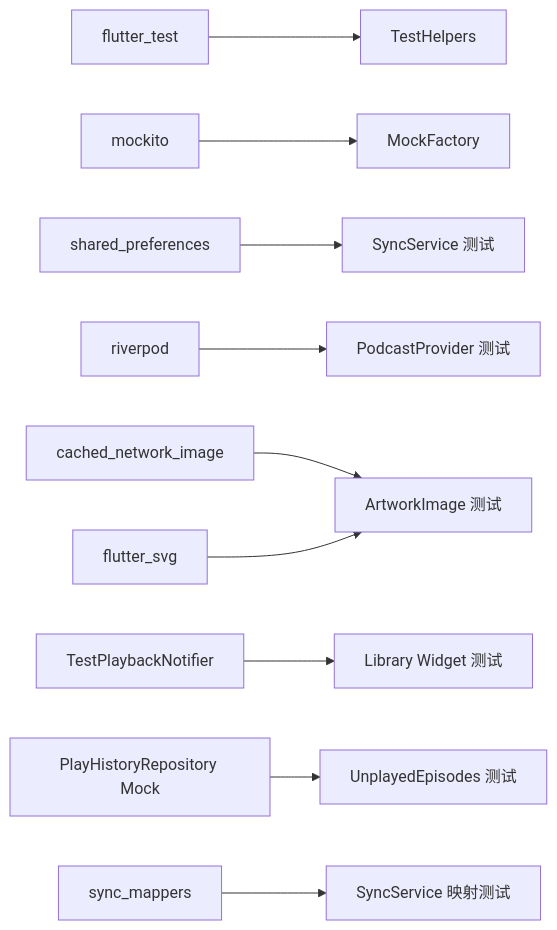
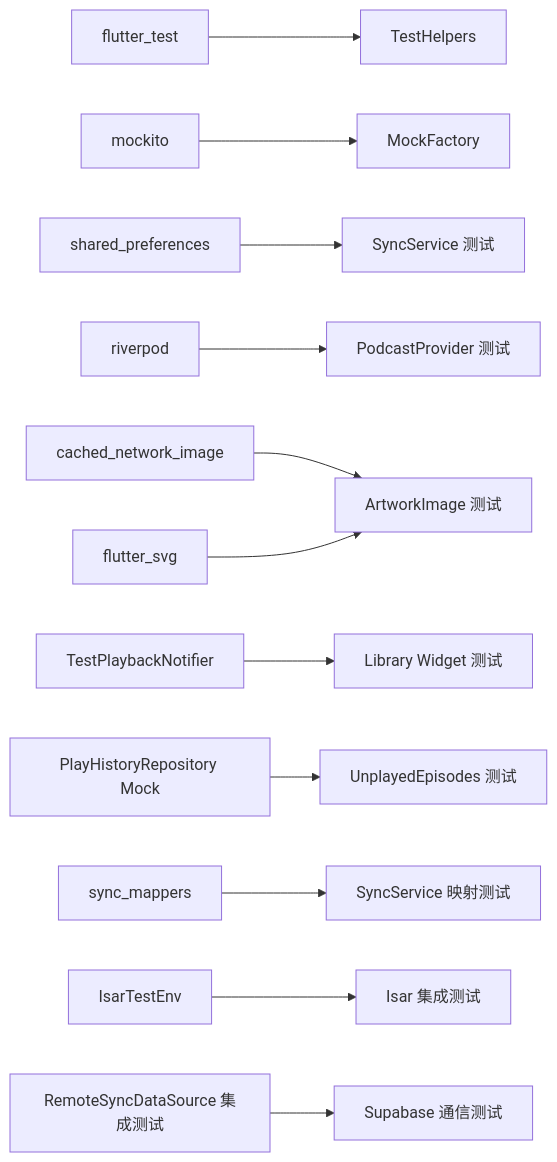
Before and after one commit to ZTfer/Tinycast: diagram 13 of 13 in .qoder/repowiki/zh/content/开发指南/测试策略.md, drawn with Mermaid. The commit also changed other lines of this file and 7 other files, not shown here.

````diff
--- a/.qoder/repowiki/zh/content/开发指南/测试策略.md
+++ b/.qoder/repowiki/zh/content/开发指南/测试策略.md
@@ -396,12 +477,14 @@
 ```mermaid
 graph LR
 FT["flutter_test"] --> TH["TestHelpers"]
 MK["mockito"] --> MF["MockFactory"]
 SP["shared_preferences"] --> SS["SyncService 测试"]
 RP["riverpod"] --> PP["PodcastProvider 测试"]
 CN["cached_network_image"] --> AI["ArtworkImage 测试"]
 SVG["flutter_svg"] --> AI
 TPN["TestPlaybackNotifier"] --> LIB["Library Widget 测试"]
 PHR["PlayHistoryRepository Mock"] --> UEP["UnplayedEpisodes 测试"]
 SM["sync_mappers"] --> SST["SyncService 映射测试"]
+ITE["IsarTestEnv"] --> IST["Isar 集成测试"]
+RSIT["RemoteSyncDataSource 集成测试"] --> SUP["Supabase 通信测试"]
 ```
````
